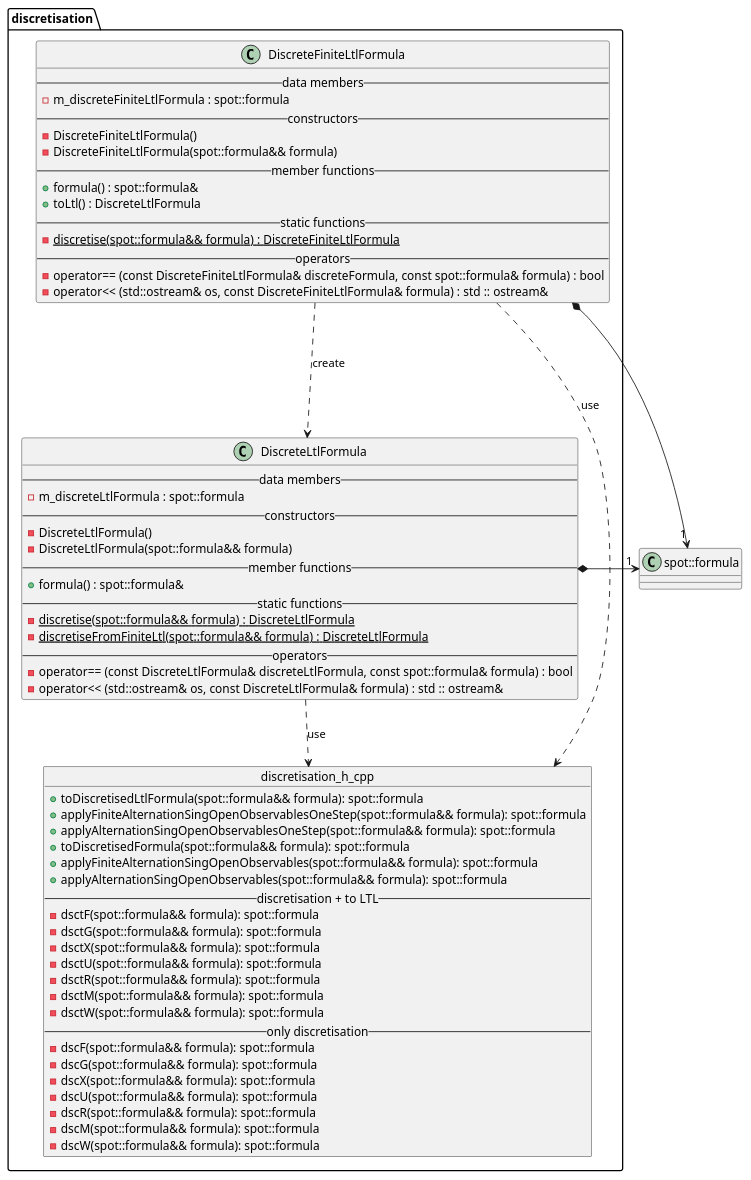
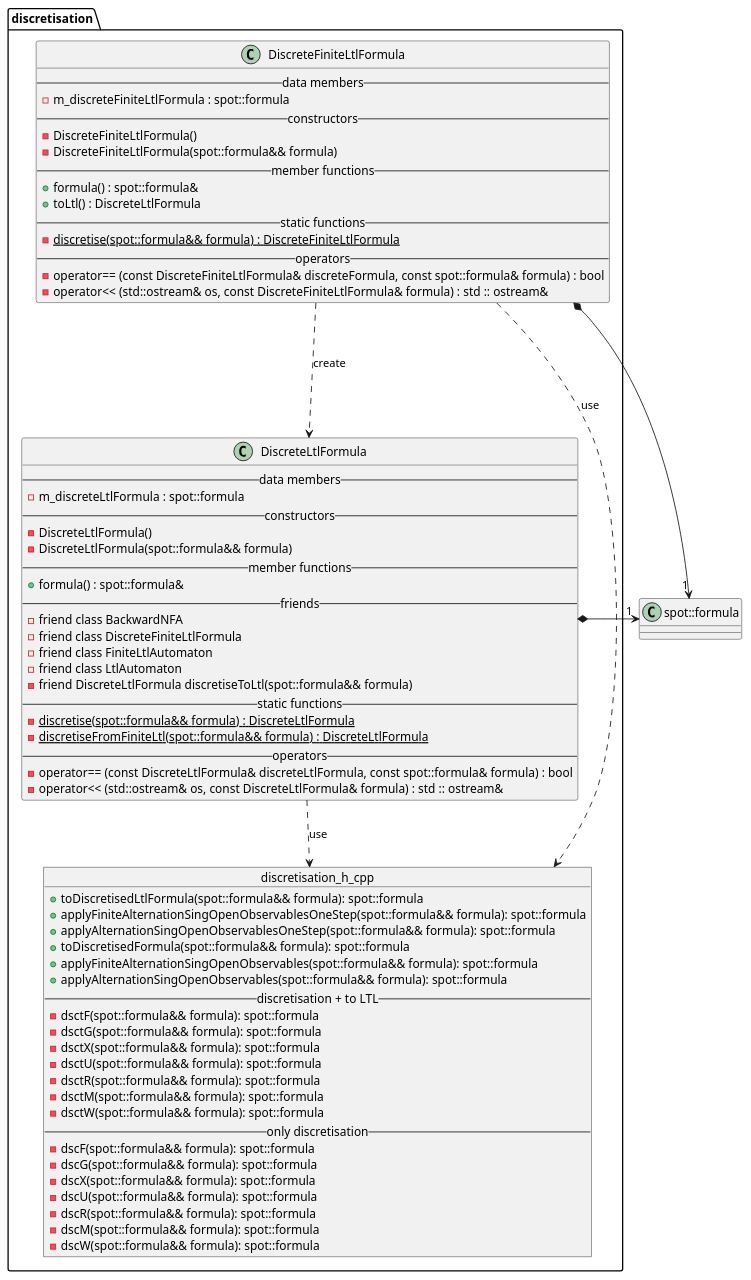
The diagram in docs/plantuml/discretisation.puml (vtramo/rtl-mc), drawn with PlantUML before and after one commit. The commit also changed 64 other files, not shown here.

```diff
--- a/docs/plantuml/discretisation.puml
+++ b/docs/plantuml/discretisation.puml
@@ -1,69 +1,75 @@
 @startuml
 package discretisation {
     class DiscreteFiniteLtlFormula {
         --data members--
         -m_discreteFiniteLtlFormula : spot::formula
         --constructors--
         -DiscreteFiniteLtlFormula()
         -DiscreteFiniteLtlFormula(spot::formula&& formula)
         --member functions--
         +formula() : spot::formula&
         +toLtl() : DiscreteLtlFormula
         --static functions--
         -{static} discretise(spot::formula&& formula) : DiscreteFiniteLtlFormula
         --operators--
         -operator== (const DiscreteFiniteLtlFormula& discreteFormula, const spot::formula& formula) : bool
         -operator<< (std::ostream& os, const DiscreteFiniteLtlFormula& formula) : std :: ostream&
     }
 
     class DiscreteLtlFormula {
         --data members--
         -m_discreteLtlFormula : spot::formula
         --constructors--
         -DiscreteLtlFormula()
         -DiscreteLtlFormula(spot::formula&& formula)
         --member functions--
         +formula() : spot::formula&
+        --friends--
+        -friend class BackwardNFA
+        -friend class DiscreteFiniteLtlFormula
+        -friend class FiniteLtlAutomaton
+        -friend class LtlAutomaton
+        -friend DiscreteLtlFormula discretiseToLtl(spot::formula&& formula)
         --static functions--
         -{static} discretise(spot::formula&& formula) : DiscreteLtlFormula
         -{static} discretiseFromFiniteLtl(spot::formula&& formula) : DiscreteLtlFormula
         --operators--
         -operator== (const DiscreteLtlFormula& discreteLtlFormula, const spot::formula& formula) : bool
         -operator<< (std::ostream& os, const DiscreteLtlFormula& formula) : std :: ostream&
     }
 
     object discretisation_h_cpp {
         +toDiscretisedLtlFormula(spot::formula&& formula): spot::formula
         +applyFiniteAlternationSingOpenObservablesOneStep(spot::formula&& formula): spot::formula
         +applyAlternationSingOpenObservablesOneStep(spot::formula&& formula): spot::formula
         +toDiscretisedFormula(spot::formula&& formula): spot::formula
         +applyFiniteAlternationSingOpenObservables(spot::formula&& formula): spot::formula
         +applyAlternationSingOpenObservables(spot::formula&& formula): spot::formula
         --discretisation + to LTL--
         -dsctF(spot::formula&& formula): spot::formula
         -dsctG(spot::formula&& formula): spot::formula
         -dsctX(spot::formula&& formula): spot::formula
         -dsctU(spot::formula&& formula): spot::formula
         -dsctR(spot::formula&& formula): spot::formula
         -dsctM(spot::formula&& formula): spot::formula
         -dsctW(spot::formula&& formula): spot::formula
         --only discretisation--
         -dscF(spot::formula&& formula): spot::formula
         -dscG(spot::formula&& formula): spot::formula
         -dscX(spot::formula&& formula): spot::formula
         -dscU(spot::formula&& formula): spot::formula
         -dscR(spot::formula&& formula): spot::formula
         -dscM(spot::formula&& formula): spot::formula
         -dscW(spot::formula&& formula): spot::formula
     }
 }
 
 class spot::formula {}
 
 DiscreteFiniteLtlFormula ...> DiscreteLtlFormula : create
 DiscreteFiniteLtlFormula*-> "1" spot::formula
 DiscreteLtlFormula*-> "1" spot::formula
 DiscreteLtlFormula ..> discretisation_h_cpp : use
 DiscreteFiniteLtlFormula ..> discretisation_h_cpp : use
 
 @enduml
```
